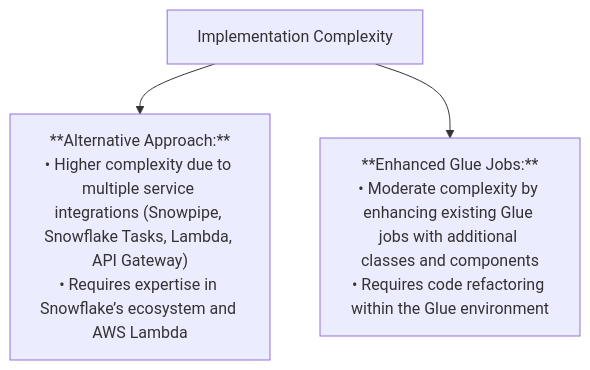
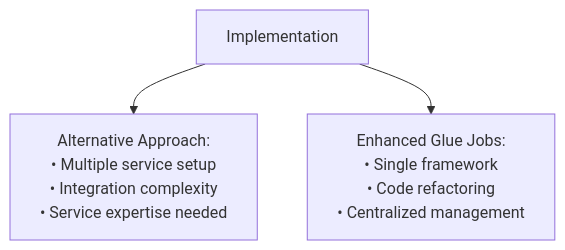
One commit to veronelazio/wezterm changed the ninth of 17 diagrams in mermaid.md. Above: the diagram before and after it, drawn with Mermaid. The commit also changed other lines of this file, not shown here.

````diff
--- a/mermaid.md
+++ b/mermaid.md
@@ -122,8 +96,5 @@
-``` mermaid
+```mermaid
 flowchart TD
-    %% Implementation Complexity
-    G1["Implementation Complexity"]
-    G1 --> G2["**Alternative Approach:**<br>• Higher complexity due to multiple service integrations (Snowpipe, Snowflake Tasks, Lambda, API Gateway)<br>• Requires expertise in Snowflake’s ecosystem and AWS Lambda"]
-    G1 --> G3["**Enhanced Glue Jobs:**<br>• Moderate complexity by enhancing existing Glue jobs with additional classes and components<br>• Requires code refactoring within the Glue environment"]
-
+    G1["Implementation"] --> G2["Alternative Approach:<br/>• Multiple service setup<br/>• Integration complexity<br/>• Service expertise needed"]
+    G1 --> G3["Enhanced Glue Jobs:<br/>• Single framework<br/>• Code refactoring<br/>• Centralized management"]
 ```
````
